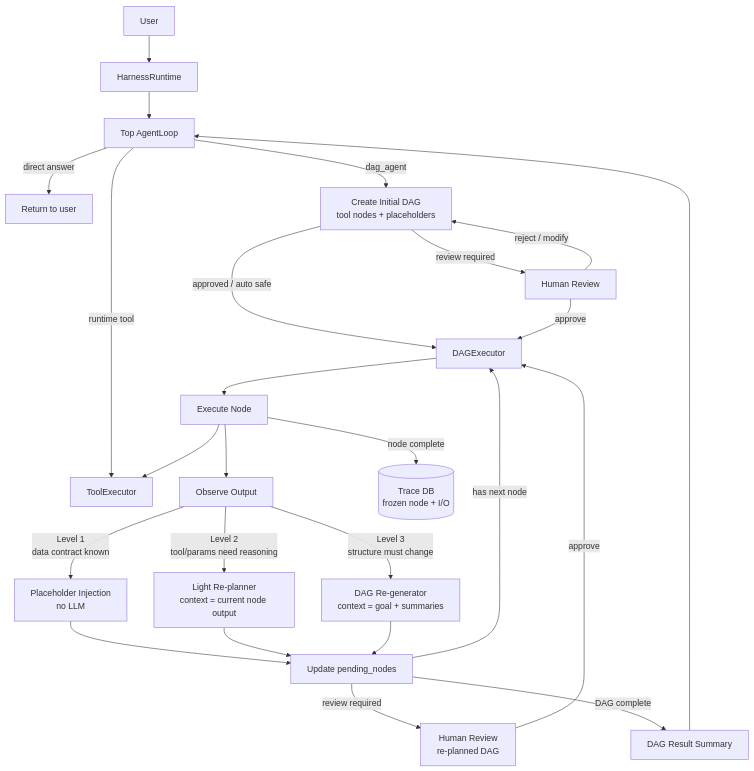
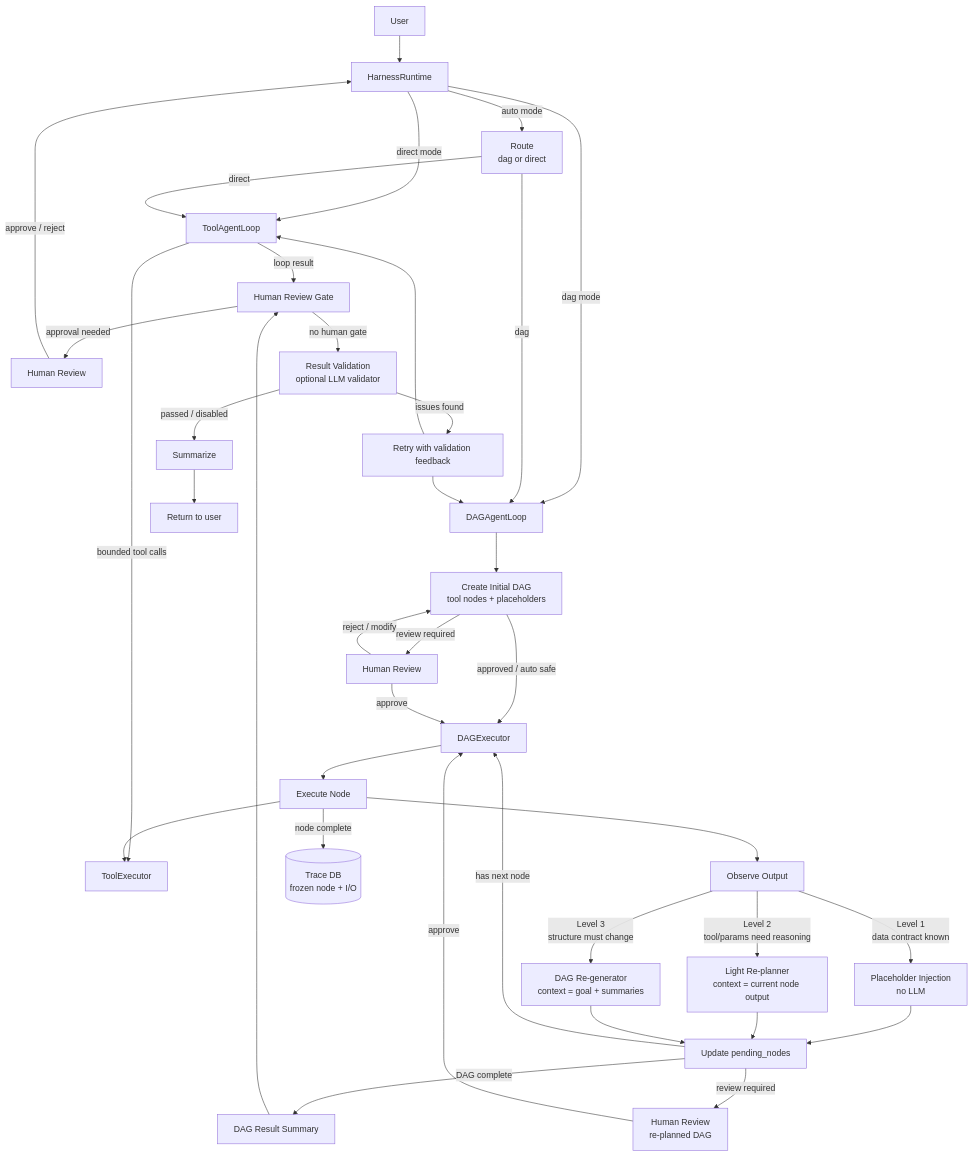
One commit to RobotSe7en/dagent changed the diagram in README.md. Above: the diagram before and after it, drawn with Mermaid. The commit also changed other lines of this file, not shown here.

````diff
--- a/README.md
+++ b/README.md
@@ -52,34 +52,49 @@
 ```mermaid
 flowchart TD
   U["User"] --> R["HarnessRuntime"]
-  R --> A["Top AgentLoop"]
+  R -->|"auto mode"| ROUTE["Route\ndag or direct"]
+  R -->|"direct mode"| TA["ToolAgentLoop"]
+  R -->|"dag mode"| DA["DAGAgentLoop"]
 
-  A -->|"direct answer"| O["Return to user"]
-  A -->|"runtime tool"| T["ToolExecutor"]
-  A -->|"dag_agent"| D["Create Initial DAG\ntool nodes + placeholders"]
+  ROUTE -->|"direct"| TA
+  ROUTE -->|"dag"| DA
+
+  TA -->|"bounded tool calls"| T["ToolExecutor"]
+  TA -->|"loop result"| G["Human Review Gate"]
+
+  DA --> D["Create Initial DAG\ntool nodes + placeholders"]
 
   D -->|"review required"| UI["Human Review"]
   D -->|"approved / auto safe"| E["DAGExecutor"]
   UI -->|"approve"| E
   UI -->|"reject / modify"| D
 
   E --> N["Execute Node"]
   N --> T
   N --> OBS["Observe Output"]
   N -->|"node complete"| TR[("Trace DB\nfrozen node + I/O")]
 
   OBS -->|"Level 1\ndata contract known"| INJ["Placeholder Injection\nno LLM"]
   OBS -->|"Level 2\ntool/params need reasoning"| RP["Light Re-planner\ncontext = current node output"]
   OBS -->|"Level 3\nstructure must change"| RG["DAG Re-generator\ncontext = goal + summaries"]
 
   INJ --> NXT["Update pending_nodes"]
   RP --> NXT
   RG --> NXT
 
   NXT -->|"has next node"| E
   NXT -->|"review required"| UI2["Human Review\nre-planned DAG"]
   UI2 -->|"approve"| E
 
   NXT -->|"DAG complete"| DR["DAG Result Summary"]
-  DR --> A
+  DR --> G
+
+  G -->|"approval needed"| UI3["Human Review"]
+  UI3 -->|"approve / reject"| R
+  G -->|"no human gate"| V["Result Validation\noptional LLM validator"]
+  V -->|"issues found"| RTRY["Retry with validation feedback"]
+  RTRY --> TA
+  RTRY --> DA
+  V -->|"passed / disabled"| S["Summarize"]
+  S --> O["Return to user"]
 ```
````
